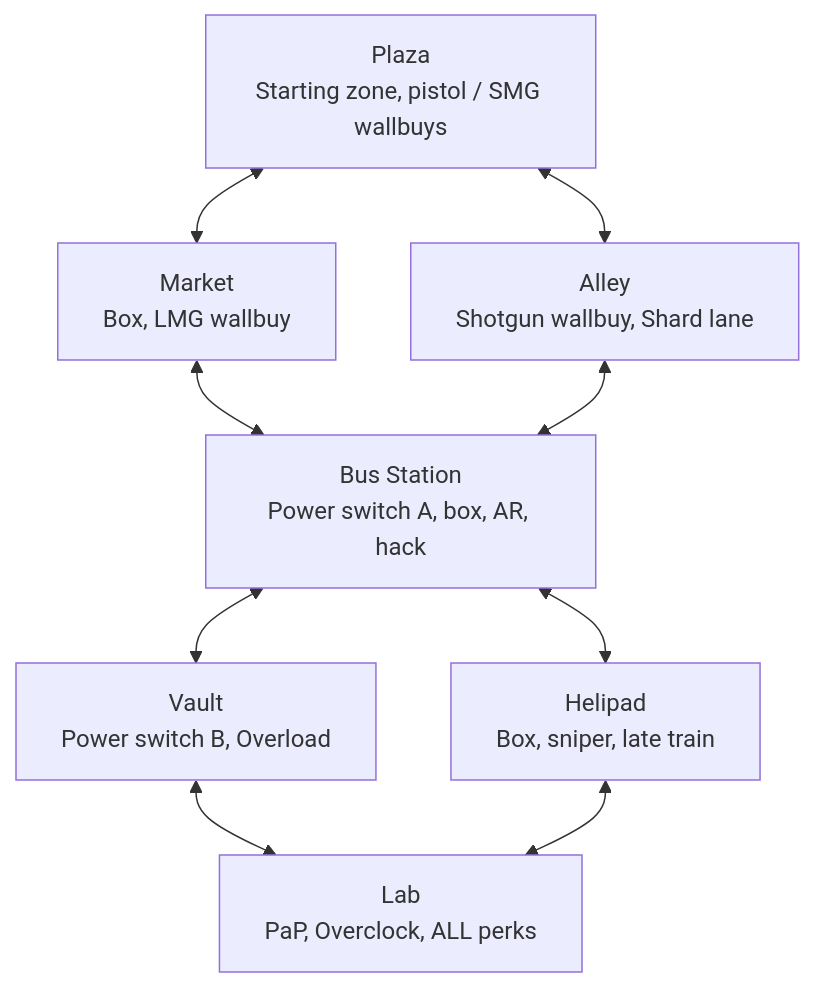
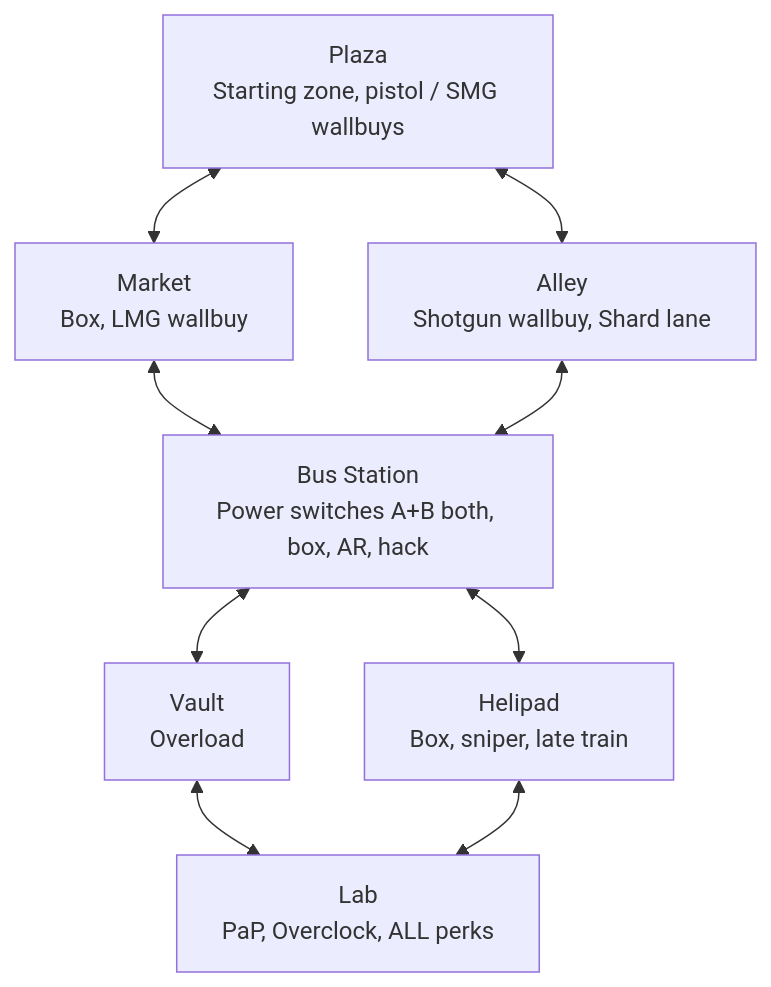
One commit to JordanUrbaezLu/abandoned_cyber_city_zombies changed the second of 2 diagrams in docs/03_layout.md. Above: the diagram before and after it, drawn with Mermaid. The commit also changed other lines of this file and 139 other files, not shown here.

````diff
--- a/docs/03_layout.md
+++ b/docs/03_layout.md
@@ -131,19 +131,19 @@
 ```mermaid
 flowchart TD
     Spawn[Plaza<br/>Starting zone, pistol / SMG wallbuys]
     Market[Market<br/>Box, LMG wallbuy]
     Alley[Alley<br/>Shotgun wallbuy, Shard lane]
-    Corp[Bus Station<br/>Power switch A, box, AR, hack]
-    Server[Vault<br/>Power switch B, Overload]
+    Corp[Bus Station<br/>Power switches A+B both, box, AR, hack]
+    Server[Vault<br/>Overload]
     Roof[Helipad<br/>Box, sniper, late train]
     Lab[Lab<br/>PaP, Overclock, ALL perks]
 
     Spawn <--> Market
     Spawn <--> Alley
     Market <--> Corp
     Alley <--> Corp
     Corp <--> Server
     Corp <--> Roof
     Server <--> Lab
     Roof <--> Lab
 ```
````
